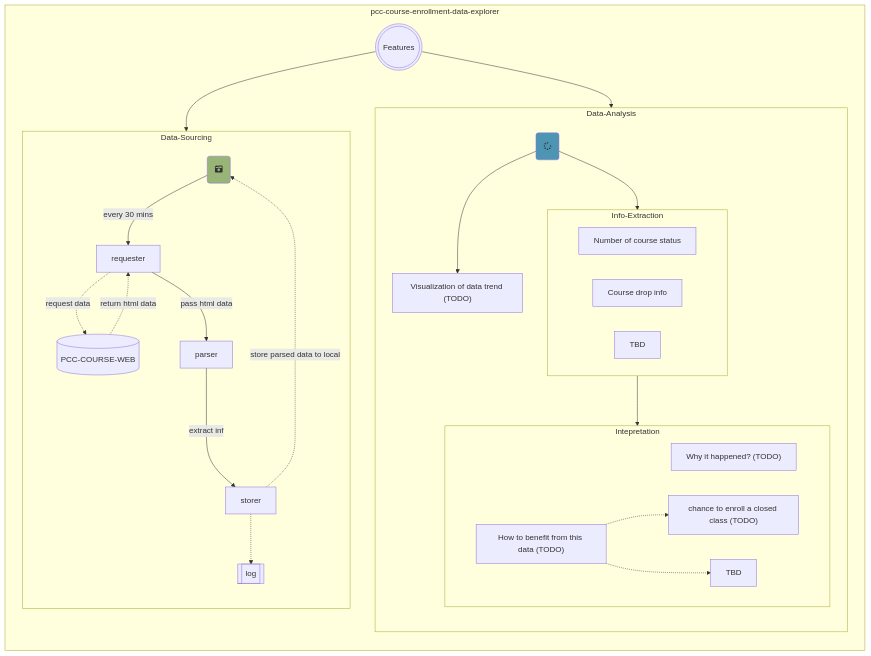
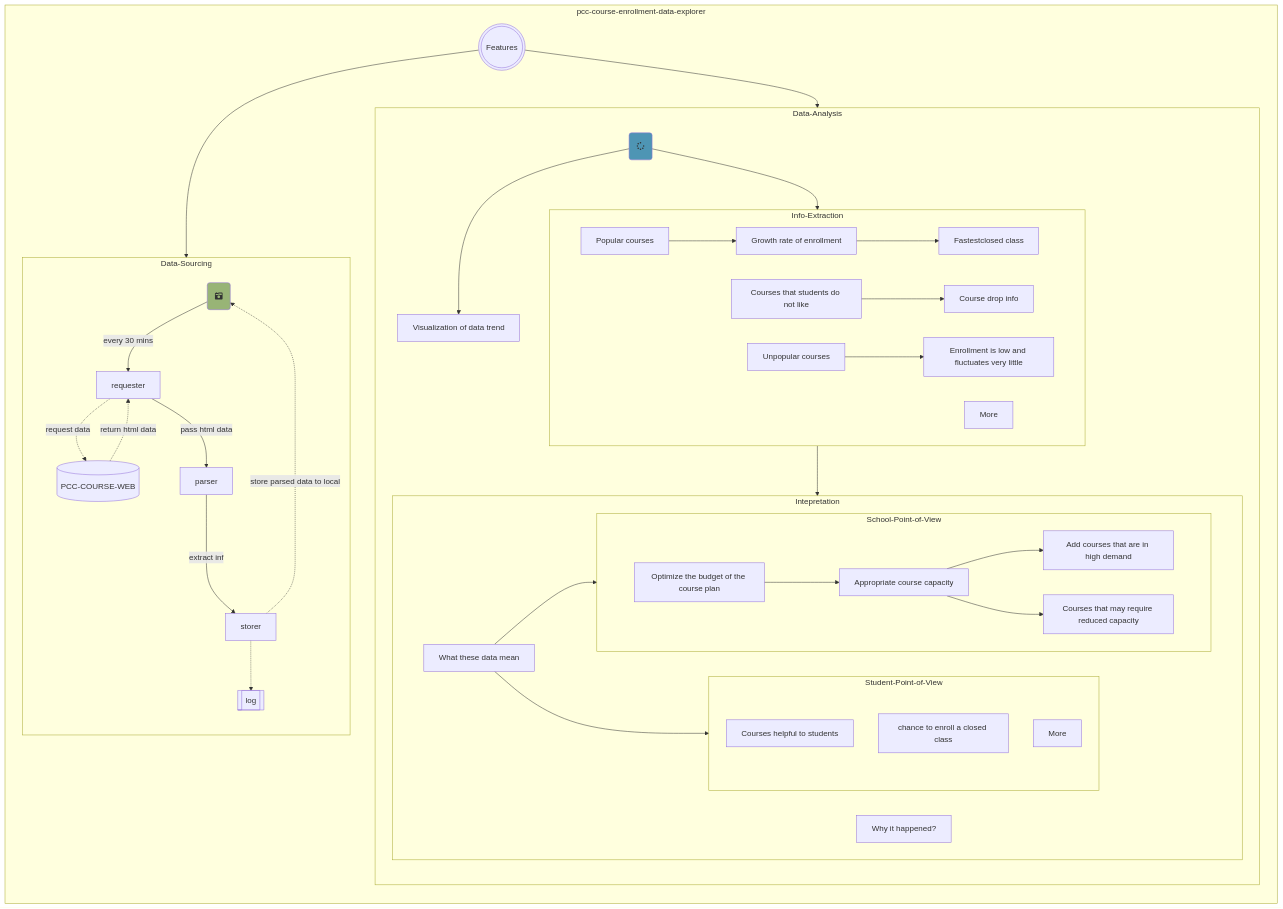
The diagram in README.md (perryzjc/pcc-course-enrollment-data-explorer), drawn with Mermaid before and after one commit.

Commit message:
Update mermaid diagram adding more details

````diff
--- a/README.md
+++ b/README.md
@@ -23,47 +23,59 @@
 ```mermaid
 flowchart LR
 subgraph pcc-course-enrollment-data-explorer
     DATA(((Features)))
     DATA --> Data-Sourcing
     DATA --> Data-Analysis
     subgraph Data-Sourcing
         S(fa:fa-camera-retro)
             style S fill:#98B476
         direction TB
         PCC[(PCC-COURSE-WEB)]
         A[requester]
         B[parser]
         C[storer]
         L[[log]]
         S --every 30 mins--> A
         A -.request data.-> PCC -.return html data.-> A
         A --pass html data--> B
         B --extract info--> C
         C .-> L
         C -.store parsed data to local.-> S
 
     end
     subgraph Data-Analysis
         ANA(fa:fa-spinner)
             style ANA fill:#4E95B4
         direction TB
         ANA --> Info-Extraction
-        ANA --> E["Visualization of data trend (TODO)"]
+        ANA --> E["Visualization of data trend"]
         Info-Extraction --> Intepretation
 
         subgraph Info-Extraction
-            CO[Number of course status]
-            DR[Course drop info]
-            MO[TBD]
+            CO[Popular courses]
+            CO --> IRA[Growth rate of enrollment]
+            IRA --> FC[Fastestclosed class]
+            NL[Courses that students do not like] --> DR[Course drop info]
+            UP[Unpopular courses] --> EL[Enrollment is low and fluctuates very little]
+            MO[More]
         end
 
         subgraph Intepretation
-            Q1["Why it happened? (TODO)"]
-            Q2["How to benefit from this data (TODO)"]
-                Q2 .-> Q21["chance to enroll a closed class (TODO)"]
-                Q2 .-> Q22["TBD"]
+            Q1["Why it happened?"]
+            DM[What these data mean] --> Student-Point-of-View
+            DM[What these data mean] --> School-Point-of-View
+            subgraph Student-Point-of-View
+                CH[Courses helpful to students]
+                Q21["chance to enroll a closed class"]
+                M2[More]
+            end
+            subgraph School-Point-of-View
+                BA[Optimize the budget of the course plan] --> CC[Appropriate course capacity]
+                CC --> HD[Add courses that are in high demand]
+                CC --> LD[Courses that may require reduced capacity]
+            end
         end
     end
 end
 
 ```
````
